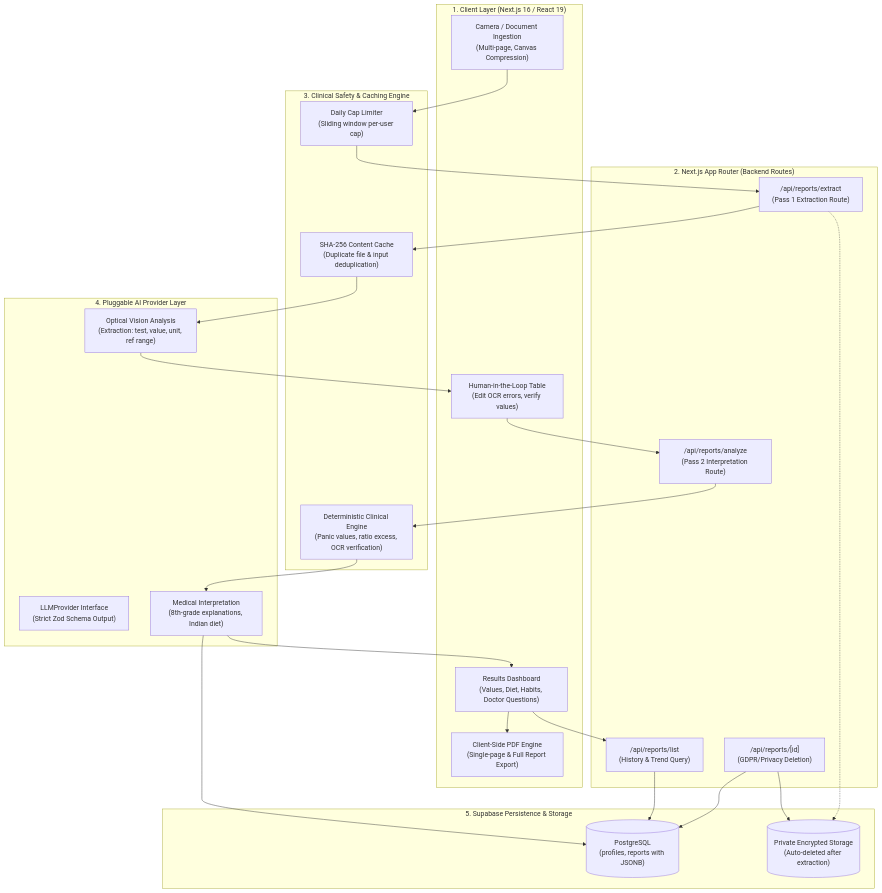
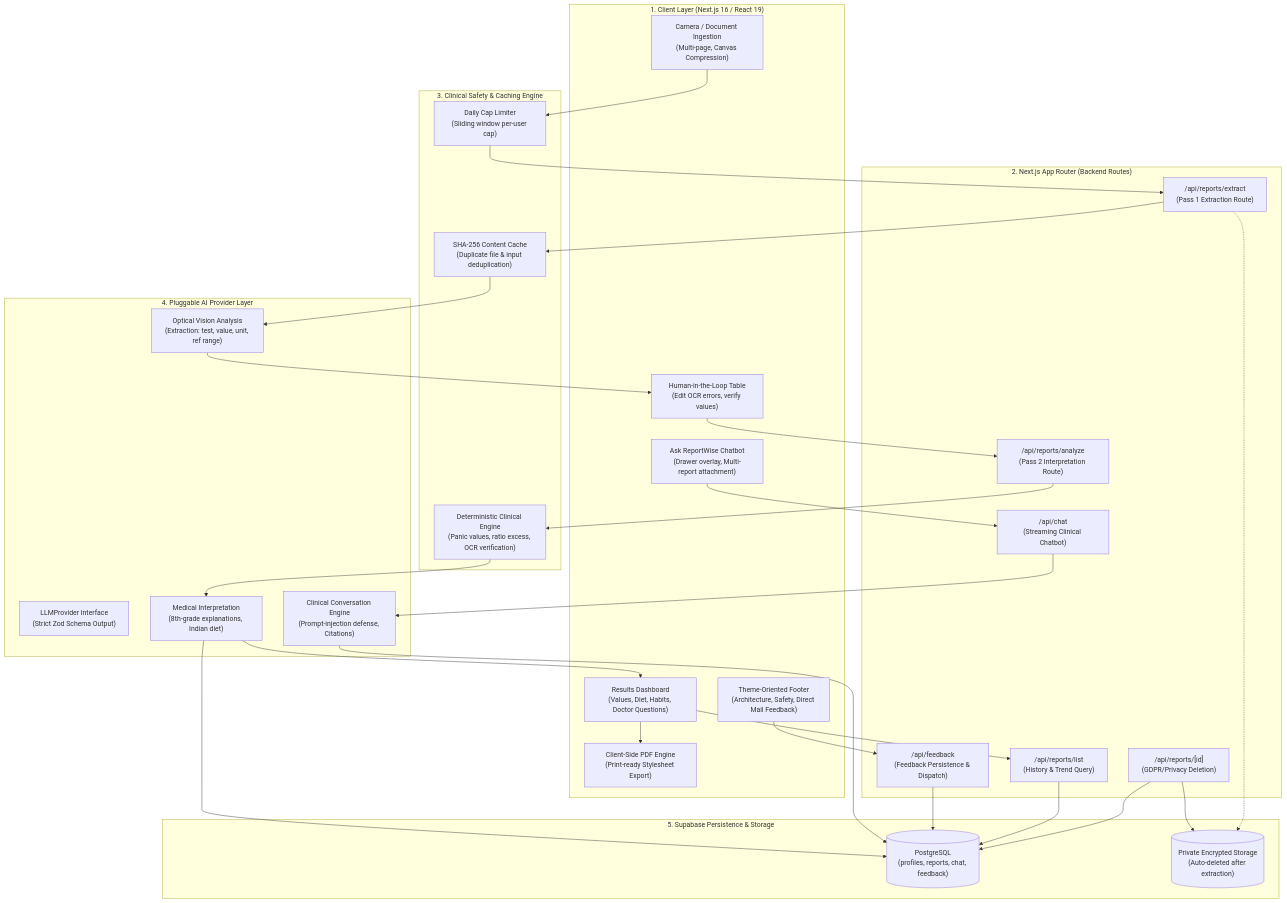
The diagram in README.md (samar-2108/Reportwise), drawn with Mermaid before and after one commit. The commit also changed other lines of this file and 7 other files, not shown here.

````diff
--- a/README.md
+++ b/README.md
@@ -141,53 +146,65 @@
 ```mermaid
 flowchart TD
     subgraph Client["1. Client Layer (Next.js 16 / React 19)"]
         Upload["Camera / Document Ingestion\n(Multi-page, Canvas Compression)"]
         ConfirmTable["Human-in-the-Loop Table\n(Edit OCR errors, verify values)"]
         Dashboard["Results Dashboard\n(Values, Diet, Habits, Doctor Questions)"]
-        PDFGen["Client-Side PDF Engine\n(Single-page & Full Report Export)"]
+        ChatDrawer["Ask ReportWise Chatbot\n(Drawer overlay, Multi-report attachment)"]
+        Footer["Theme-Oriented Footer\n(Architecture, Safety, Direct Mail Feedback)"]
+        PDFGen["Client-Side PDF Engine\n(Print-ready Stylesheet Export)"]
     end
 
     subgraph API["2. Next.js App Router (Backend Routes)"]
         ExtractRoute["/api/reports/extract\n(Pass 1 Extraction Route)"]
         AnalyzeRoute["/api/reports/analyze\n(Pass 2 Interpretation Route)"]
+        ChatRoute["/api/chat\n(Streaming Clinical Chatbot)"]
+        FeedbackRoute["/api/feedback\n(Feedback Persistence & Dispatch)"]
         ListRoute["/api/reports/list\n(History & Trend Query)"]
         DeleteRoute["/api/reports/[id]\n(GDPR/Privacy Deletion)"]
     end
 
     subgraph Safety["3. Clinical Safety & Caching Engine"]
         RateLimiter["Daily Cap Limiter\n(Sliding window per-user cap)"]
         ShaCache["SHA-256 Content Cache\n(Duplicate file & input deduplication)"]
         DeterministicEngine["Deterministic Clinical Engine\n(Panic values, ratio excess, OCR verification)"]
     end
 
     subgraph LLM["4. Pluggable AI Provider Layer"]
         ProviderInterface["LLMProvider Interface\n(Strict Zod Schema Output)"]
         VisionAI["Optical Vision Analysis\n(Extraction: test, value, unit, ref range)"]
         ClinicalAI["Medical Interpretation\n(8th-grade explanations, Indian diet)"]
+        ChatAI["Clinical Conversation Engine\n(Prompt-injection defense, Citations)"]
     end
 
     subgraph Storage["5. Supabase Persistence & Storage"]
-        PostgresDB[("PostgreSQL\n(profiles, reports with JSONB)")]
+        PostgresDB[("PostgreSQL\n(profiles, reports, chat, feedback)")]
         PrivateBucket[("Private Encrypted Storage\n(Auto-deleted after extraction)")]
     end
 
     %% Flow connections
     Upload --> RateLimiter
     RateLimiter --> ExtractRoute
     ExtractRoute --> ShaCache
     ShaCache --> VisionAI
     VisionAI --> ConfirmTable
     
     ConfirmTable --> AnalyzeRoute
     AnalyzeRoute --> DeterministicEngine
     DeterministicEngine --> ClinicalAI
     ClinicalAI --> PostgresDB
     ClinicalAI --> Dashboard
     
+    ChatDrawer --> ChatRoute
+    ChatRoute --> ChatAI
+    ChatAI --> PostgresDB
+
+    Footer --> FeedbackRoute
+    FeedbackRoute --> PostgresDB
+
     Dashboard --> PDFGen
     Dashboard --> ListRoute
     ListRoute --> PostgresDB
     DeleteRoute --> PostgresDB
     DeleteRoute --> PrivateBucket
     ExtractRoute -.-> PrivateBucket
 ```
````
